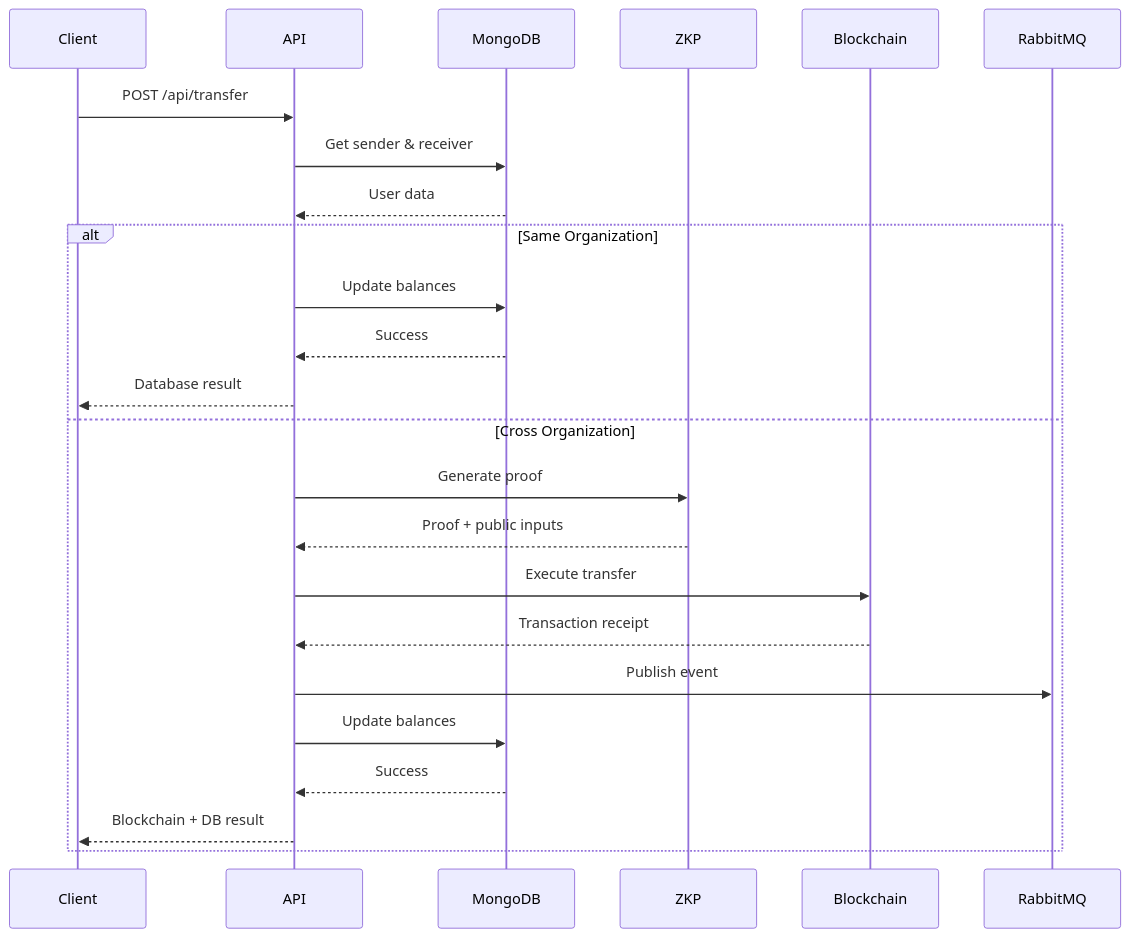
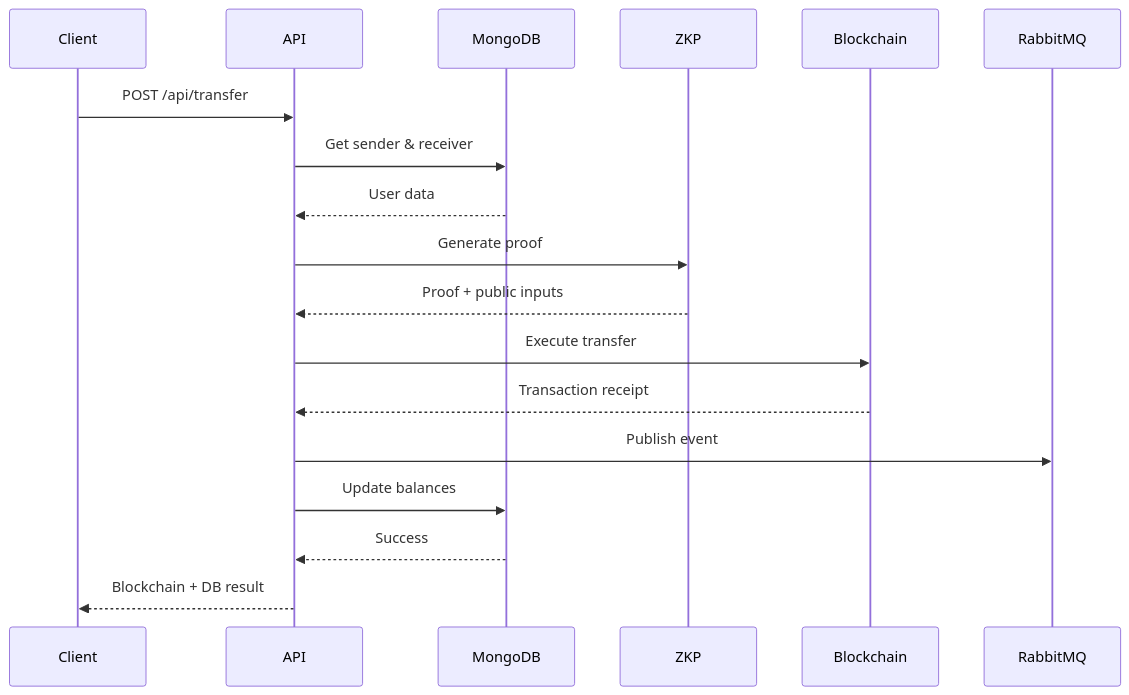
The diagram in backend/b2b-membership/PROJECT_CONTEXT.md (FinCube-23/transferPoC), drawn with Mermaid before and after one commit. The commit also changed other lines of this file and 9 other files, not shown here.

````diff
--- a/backend/b2b-membership/PROJECT_CONTEXT.md
+++ b/backend/b2b-membership/PROJECT_CONTEXT.md
@@ -223,28 +209,21 @@
 ```mermaid
 sequenceDiagram
     participant Client
     participant API
     participant MongoDB
     participant ZKP
     participant Blockchain
     participant RabbitMQ
     
     Client->>API: POST /api/transfer
     API->>MongoDB: Get sender & receiver
     MongoDB-->>API: User data
-    
-    alt Same Organization
-        API->>MongoDB: Update balances
-        MongoDB-->>API: Success
-        API-->>Client: Database result
-    else Cross Organization
-        API->>ZKP: Generate proof
-        ZKP-->>API: Proof + public inputs
-        API->>Blockchain: Execute transfer
-        Blockchain-->>API: Transaction receipt
-        API->>RabbitMQ: Publish event
-        API->>MongoDB: Update balances
-        MongoDB-->>API: Success
-        API-->>Client: Blockchain + DB result
-    end
+    API->>ZKP: Generate proof
+    ZKP-->>API: Proof + public inputs
+    API->>Blockchain: Execute transfer
+    Blockchain-->>API: Transaction receipt
+    API->>RabbitMQ: Publish event
+    API->>MongoDB: Update balances
+    MongoDB-->>API: Success
+    API-->>Client: Blockchain + DB result
 ```
````
